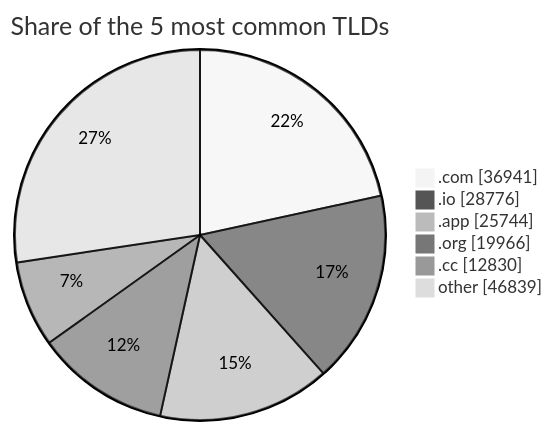
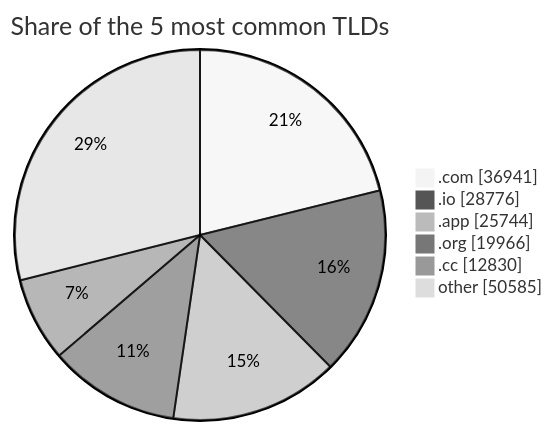
One commit to DNSBunker/CTI changed the third of 3 diagrams in README.md. Above: the diagram before and after it, drawn with Mermaid (neutral theme). The commit also changed other lines of this file and 3 other files, not shown here.

````diff
--- a/README.md
+++ b/README.md
@@ -81,9 +81,9 @@
 ```mermaid
 pie showData title Share of the 5 most common TLDs
     ".com" : 36941
     ".io" : 28776
     ".app" : 25744
     ".org" : 19966
     ".cc" : 12830
-    "other" : 46839
+    "other" : 50585
 ```
````
